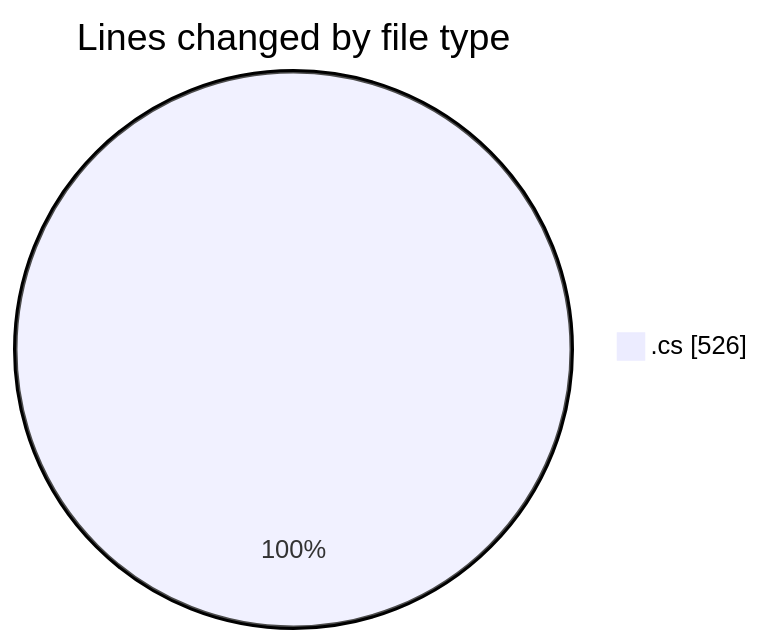
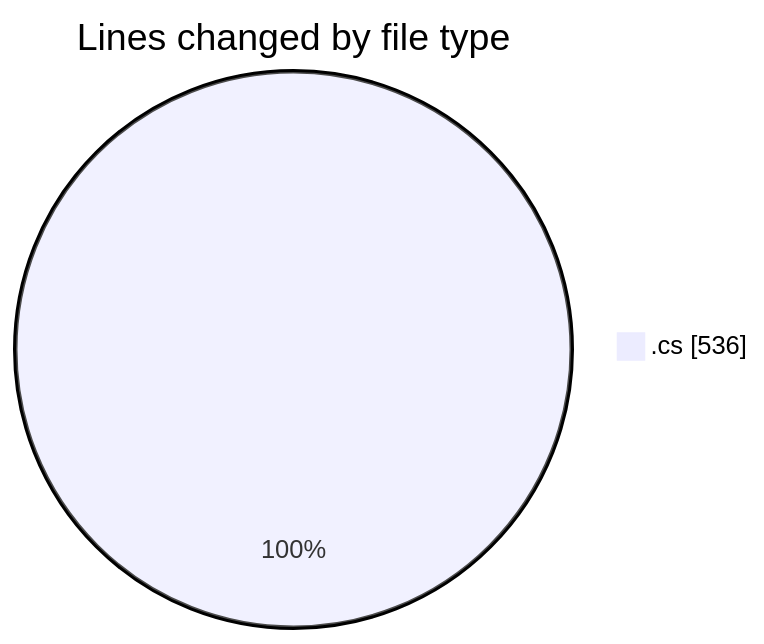
Before and after one commit to Netris89/code-tracking: the first of 2 diagrams in 2025-04-02/back-end/README.md, drawn with Mermaid. The commit also changed other lines of this file and 1 other file, not shown here.

````diff
--- a/2025-04-02/back-end/README.md
+++ b/2025-04-02/back-end/README.md
@@ -21,5 +21,5 @@
 ```mermaid
 pie showData
 title Lines changed by file type
-".cs" : 526
+".cs" : 536
 ```
````
